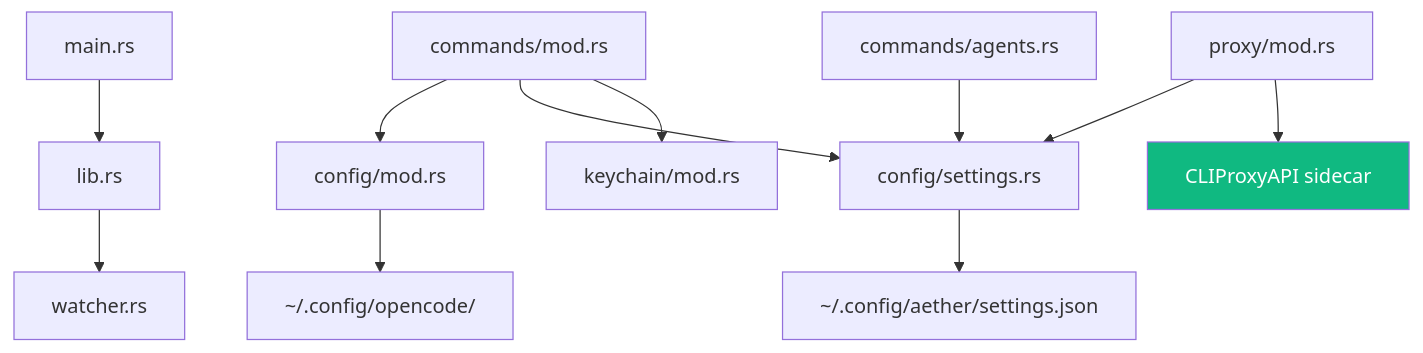
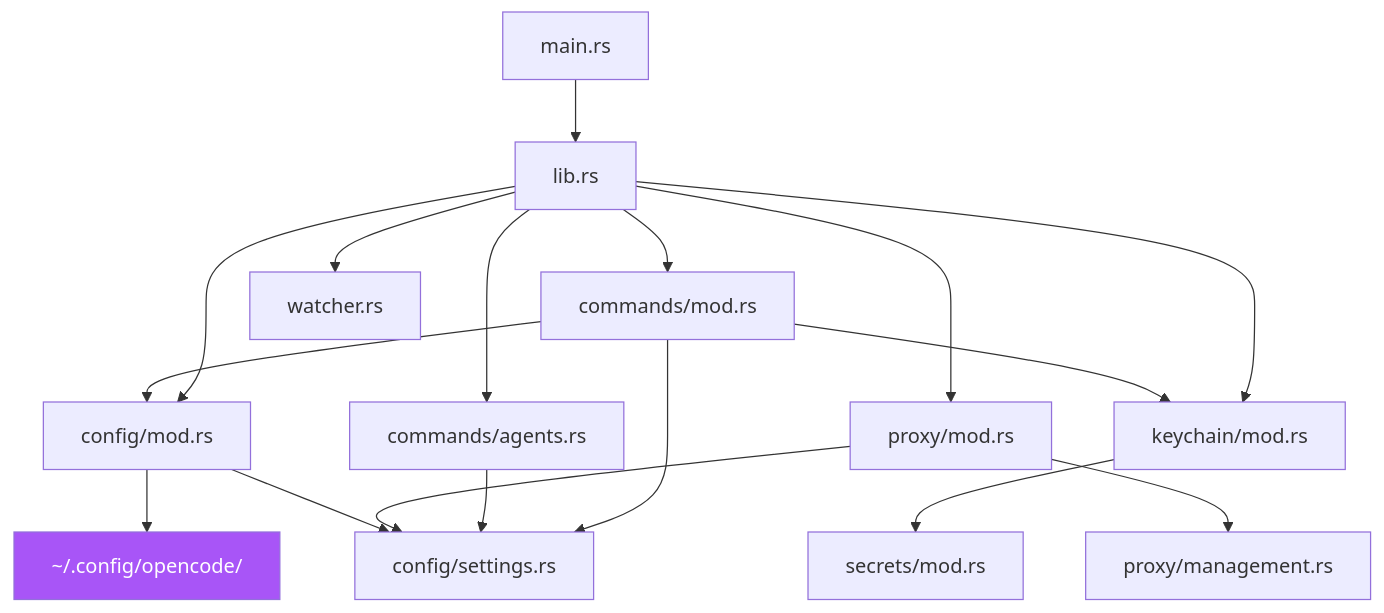
One commit to HieuAnh87/aether changed the fourth of 4 diagrams in ARCHITECTURE.md. Above: the diagram before and after it, drawn with Mermaid. The commit also changed other lines of this file and 3 other files, not shown here.

First line of the commit message:
docs(ARCHITECTURE): update with CLI agent auto-config, new pages, and key capabilities

````diff
--- a/ARCHITECTURE.md
+++ b/ARCHITECTURE.md
@@ -373,18 +493,26 @@
 ```mermaid
 graph TD
-    main.rs --> lib.rs
-    lib.rs --> watcher.rs
+    main_rs[main.rs] --> lib_rs[lib.rs]
+    lib_rs --> cmd_mod[commands/mod.rs]
+    lib_rs --> cmd_agents[commands/agents.rs]
+    lib_rs --> config_mod[config/mod.rs]
+    lib_rs --> proxy_mod[proxy/mod.rs]
+    lib_rs --> keychain[keychain/mod.rs]
+    lib_rs --> watcher[watcher.rs]
 
-    commands/mod.rs --> config/mod.rs
-    commands/mod.rs --> config/settings.rs
-    commands/mod.rs --> keychain/mod.rs
+    cmd_mod --> config_mod
+    cmd_mod --> config_settings[config/settings.rs]
+    cmd_mod --> keychain
 
-    commands/agents.rs --> config/settings.rs
-    proxy/mod.rs --> config/settings.rs
+    cmd_agents --> config_settings
 
-    config/mod.rs --> opencode_config_dir["~/.config/opencode/"]
-    config/settings.rs --> settings_path["~/.config/aether/settings.json"]
-    proxy/mod.rs --> CLIProxyAPI["CLIProxyAPI sidecar"]
+    proxy_mod --> config_settings
+    proxy_mod --> proxy_mgmt[proxy/management.rs]
 
-    style CLIProxyAPI fill:#10b981,color:#fff
+    config_mod --> config_settings
+    config_mod --> opencode_dir["~/.config/opencode/"]
+
+    keychain --> secrets[secrets/mod.rs]
+
+    style opencode_dir fill:#a855f7,color:#fff
 ```
````
